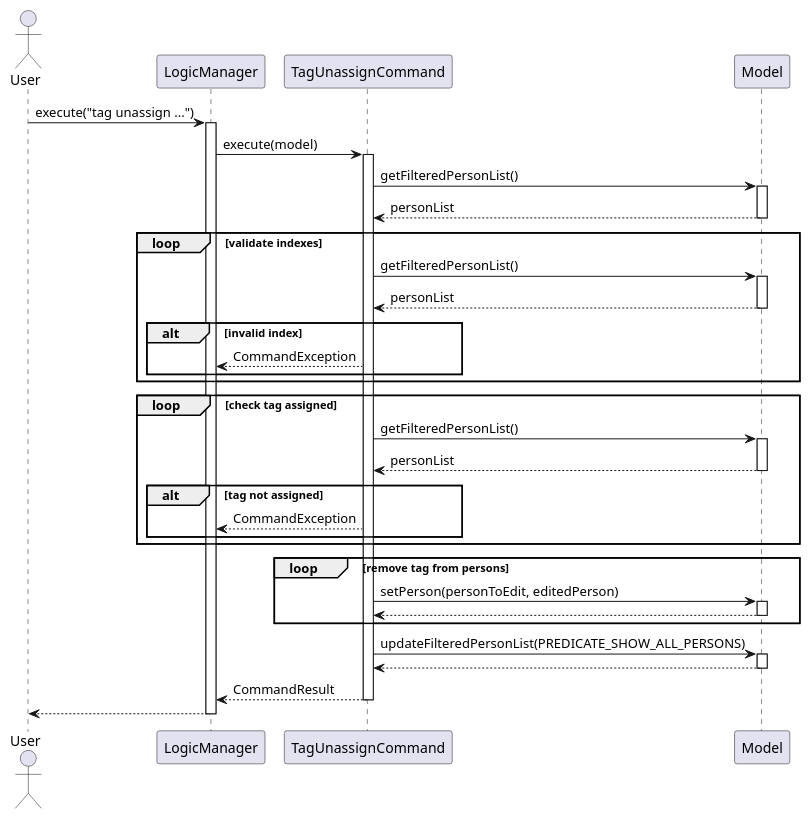
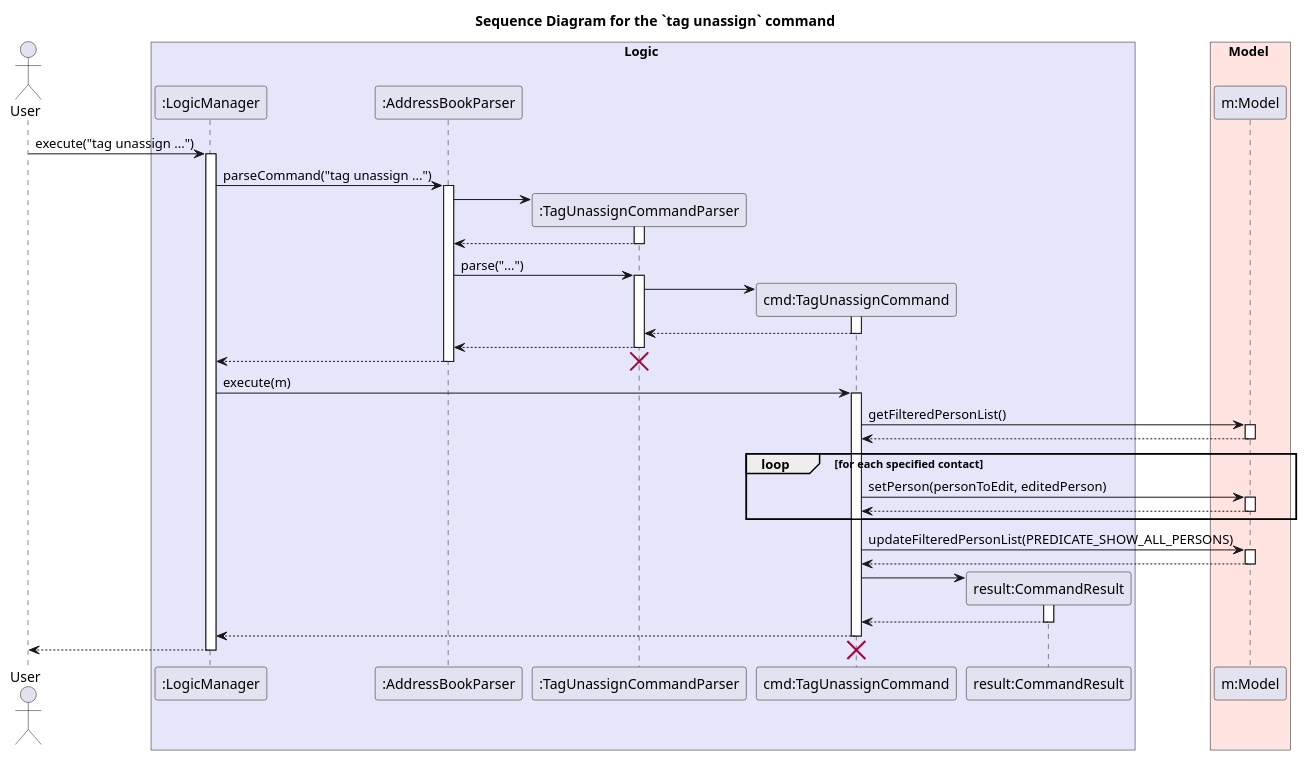
One commit to AY2526S2-CS2103-T11-1/tp changed the diagram in docs/diagrams/tag/TagUnassignSequenceDiagram.puml. Above: the diagram before and after it, drawn with PlantUML. The commit also changed 4 other files, not shown here.

Commit message:
Update sequence diagrams for standardizing

```diff
--- a/docs/diagrams/tag/TagUnassignSequenceDiagram.puml
+++ b/docs/diagrams/tag/TagUnassignSequenceDiagram.puml
@@ -1,57 +1,81 @@
 @startuml
+title Sequence Diagram for the `tag unassign` command
+
 actor User
-participant "LogicManager" as Logic
-participant "TagUnassignCommand" as TagUnassignCommand
-participant "Model" as Model
+
+box Logic #E6E6FA
+participant ":LogicManager" as Logic
+participant ":AddressBookParser" as ABParser
+participant ":TagUnassignCommandParser" as Parser
+participant "cmd:TagUnassignCommand" as Command
+participant "result:CommandResult" as Result
+end box
+
+box Model #FFE4E1
+participant "m:Model" as Model
+end box
 
 User -> Logic : execute("tag unassign ...")
 activate Logic
 
-Logic -> TagUnassignCommand : execute(model)
-activate TagUnassignCommand
+Logic -> ABParser : parseCommand("tag unassign ...")
+activate ABParser
 
-TagUnassignCommand -> Model : getFilteredPersonList()
+create Parser
+ABParser -> Parser
+activate Parser
+
+ABParser <-- Parser
+deactivate Parser
+
+ABParser -> Parser : parse("...")
+activate Parser
+
+create Command
+Parser -> Command
+activate Command
+
+Parser <-- Command
+deactivate Command
+
+ABParser <-- Parser
+deactivate Parser
+
+Logic <-- ABParser
+destroy Parser
+deactivate ABParser
+
+Logic -> Command : execute(m)
+activate Command
+
+Command -> Model : getFilteredPersonList()
 activate Model
-Model --> TagUnassignCommand : personList
+Model --> Command
 deactivate Model
 
-loop validate indexes
-    TagUnassignCommand -> Model : getFilteredPersonList()
+loop for each specified contact
+    Command -> Model : setPerson(personToEdit, editedPerson)
     activate Model
-    Model --> TagUnassignCommand : personList
-    deactivate Model
-
-    alt invalid index
-        TagUnassignCommand --> Logic : CommandException
-    end
-end
-
-loop check tag assigned
-    TagUnassignCommand -> Model : getFilteredPersonList()
-    activate Model
-    Model --> TagUnassignCommand : personList
-    deactivate Model
-
-    alt tag not assigned
-        TagUnassignCommand --> Logic : CommandException
-    end
-end
-
-loop remove tag from persons
-    TagUnassignCommand -> Model : setPerson(personToEdit, editedPerson)
-    activate Model
-    Model --> TagUnassignCommand
+    Model --> Command
     deactivate Model
 end
 
-TagUnassignCommand -> Model : updateFilteredPersonList(PREDICATE_SHOW_ALL_PERSONS)
+Command -> Model : updateFilteredPersonList(PREDICATE_SHOW_ALL_PERSONS)
 activate Model
-Model --> TagUnassignCommand
+Model --> Command
 deactivate Model
 
-TagUnassignCommand --> Logic : CommandResult
+create Result
+Command -> Result
+activate Result
+Result --> Command
+deactivate Result
 
-deactivate TagUnassignCommand
+Logic <-- Command
+deactivate Command
+
 User <-- Logic
+destroy Command
 deactivate Logic
+
 @enduml
```
